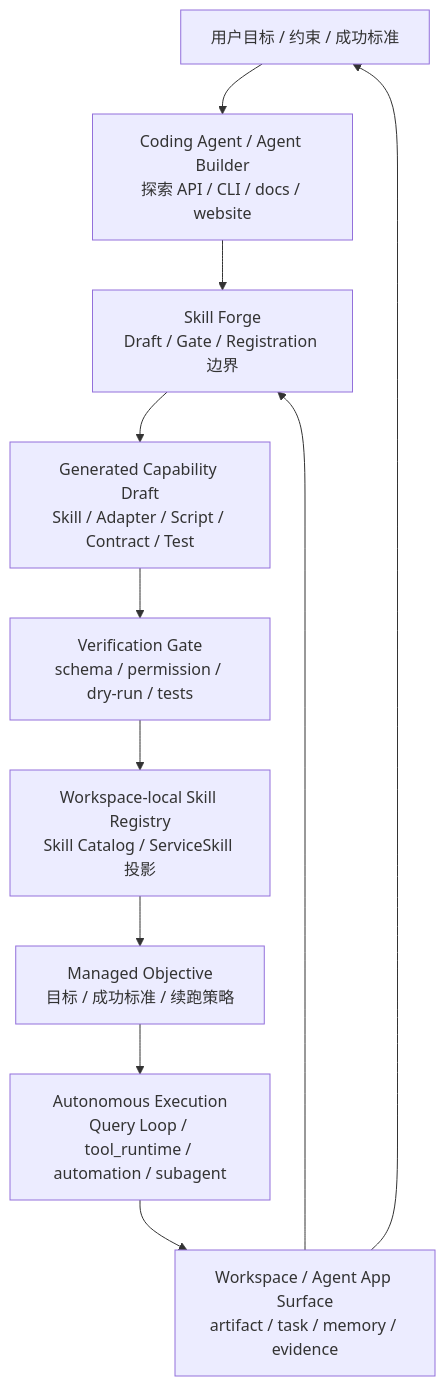
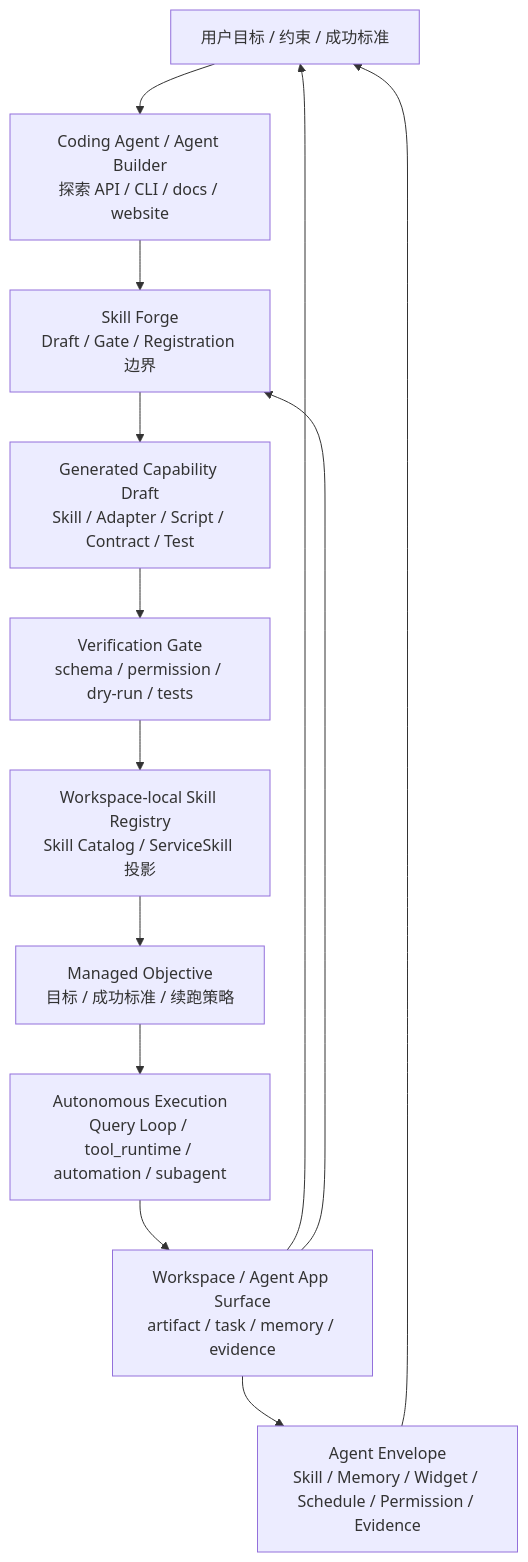
Before and after one commit to limecloud/lime: the first of 11 diagrams in docs/roadmap/creaoai/diagrams.md, drawn with Mermaid. The commit also changed other lines of this file and 191 other files, not shown here.

````diff
--- a/docs/roadmap/creaoai/diagrams.md
+++ b/docs/roadmap/creaoai/diagrams.md
@@ -15,13 +15,15 @@
 ```mermaid
 flowchart TB
     User[用户目标 / 约束 / 成功标准] --> CodingAgent[Coding Agent / Agent Builder<br/>探索 API / CLI / docs / website]
     CodingAgent --> Forge[Skill Forge<br/>Draft / Gate / Registration 边界]
     Forge --> Capability[Generated Capability Draft<br/>Skill / Adapter / Script / Contract / Test]
     Capability --> Verify[Verification Gate<br/>schema / permission / dry-run / tests]
     Verify --> Registry[Workspace-local Skill Registry<br/>Skill Catalog / ServiceSkill 投影]
     Registry --> Objective[Managed Objective<br/>目标 / 成功标准 / 续跑策略]
     Objective --> Runtime[Autonomous Execution<br/>Query Loop / tool_runtime / automation / subagent]
     Runtime --> Workspace[Workspace / Agent App Surface<br/>artifact / task / memory / evidence]
+    Workspace --> AgentEnvelope[Agent Envelope<br/>Skill / Memory / Widget / Schedule / Permission / Evidence]
+    AgentEnvelope --> User
     Workspace --> User
     Workspace --> Forge
 ```
````
